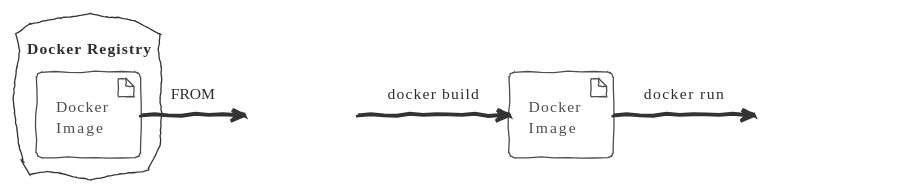
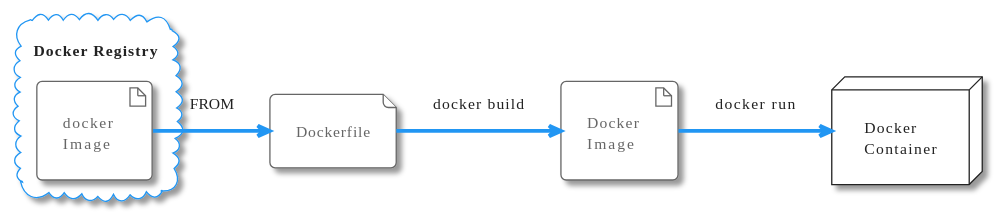
Before and after one commit to htl-leonding-college/docker-lecture-notes: the diagram in asciidocs/dockerfile.adoc, drawn with PlantUML.

Commit message:
fix plantuml diagram

```diff
--- a/asciidocs/dockerfile.adoc
+++ b/asciidocs/dockerfile.adoc
@@ -188,16 +188,16 @@
-[plantuml,build-image,png]
+[plantuml,build-image,png,theme=sketchy-outline]
 ----
 @startuml
-!theme sketchy-outline
+!theme materia
 cloud "Docker Registry" {
-artifact "Docker\nImage" as img
+    artifact "docker\nImage" as img
 }
 file Dockerfile as dockerfile
 artifact "Docker\nImage" as image
 node "Docker\nContainer" as container
 
 img -> dockerfile: FROM
 dockerfile -> image: docker build
 image -> container: docker run
 @enduml
 ----
```
